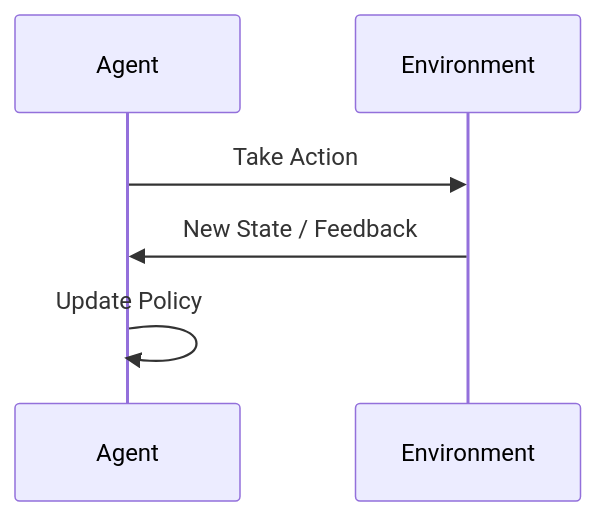
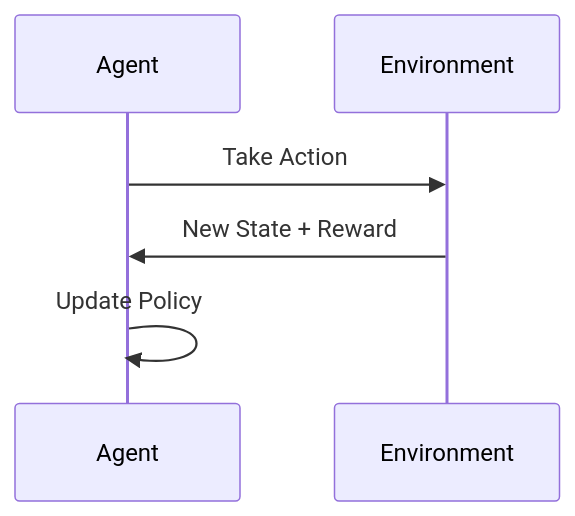
The second of 6 diagrams in docusaurus/docs/part-1/chapter-4.md (m-rizqinovniari/agentic-handbook), drawn with Mermaid before and after one commit. The commit also changed other lines of this file and 19 other files, not shown here.

````diff
--- a/docusaurus/docs/part-1/chapter-4.md
+++ b/docusaurus/docs/part-1/chapter-4.md
@@ -245,6 +142,8 @@
 ```mermaid
 sequenceDiagram
+    participant Agent
+    participant Environment
     Agent->>Environment: Take Action
-    Environment->>Agent: New State / Feedback
+    Environment->>Agent: New State + Reward
     Agent->>Agent: Update Policy
 ```
````
